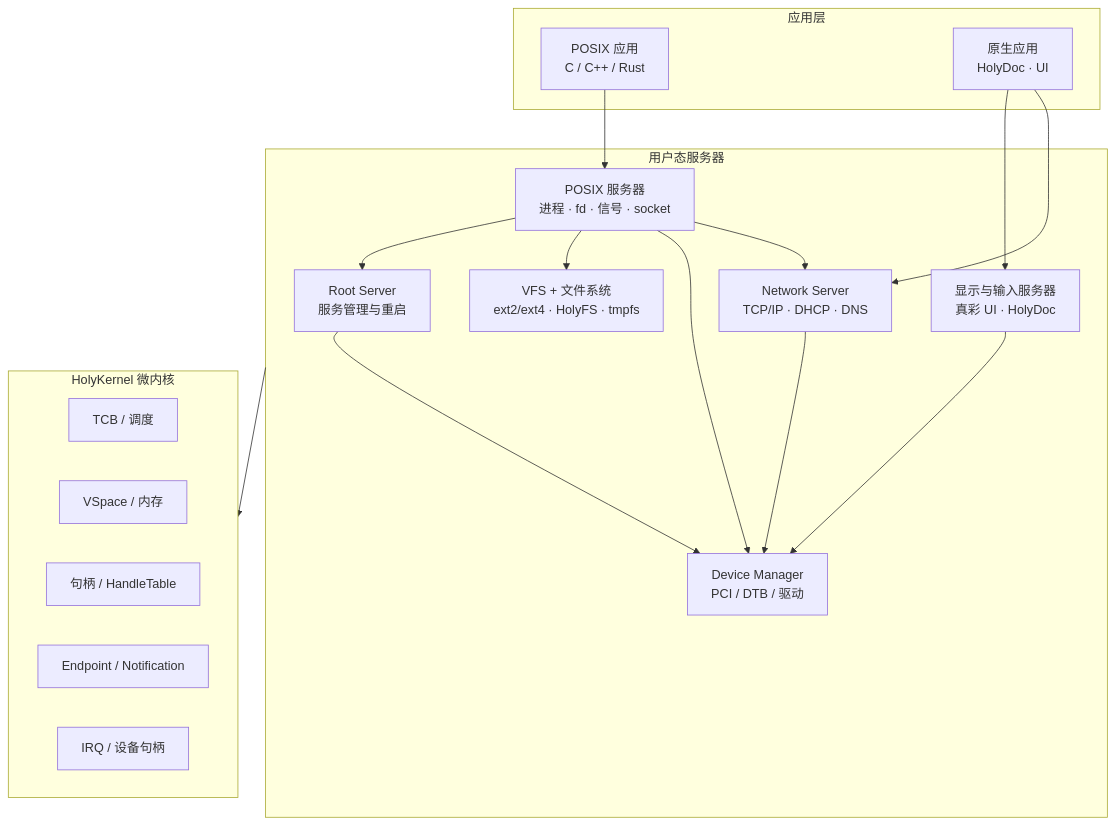
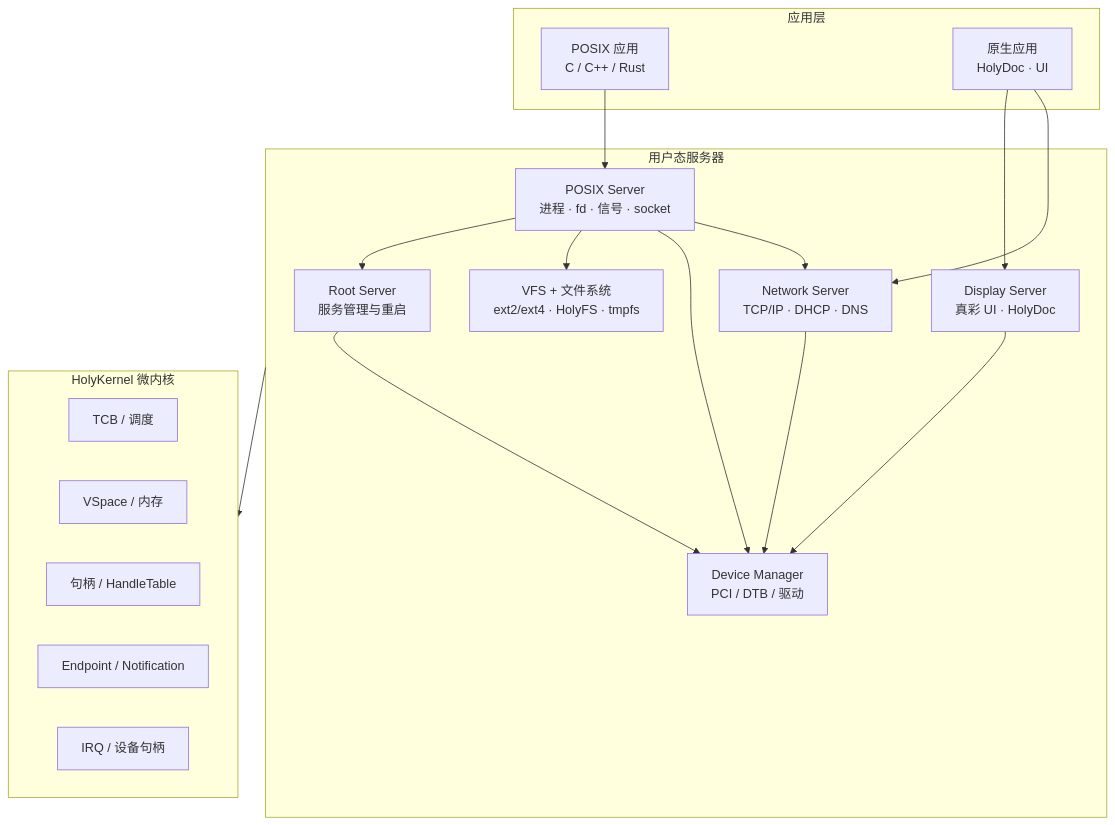
The diagram in README.md (hongweifei/HolyKernel), drawn with Mermaid before and after one commit. The commit also changed other lines of this file and 17 other files, not shown here.

````diff
--- a/README.md
+++ b/README.md
@@ -15,33 +15,33 @@
 ```mermaid
 flowchart TB
     subgraph Apps["应用层"]
         PosixApps["POSIX 应用<br/>C / C++ / Rust"]
         NativeApps["原生应用<br/>HolyDoc · UI"]
     end
     subgraph Servers["用户态服务器"]
         Root["Root Server<br/>服务管理与重启"]
         Device["Device Manager<br/>PCI / DTB / 驱动"]
         FS["VFS + 文件系统<br/>ext2/ext4 · HolyFS · tmpfs"]
-        POSIX["POSIX 服务器<br/>进程 · fd · 信号 · socket"]
+        POSIX["POSIX Server<br/>进程 · fd · 信号 · socket"]
         Net["Network Server<br/>TCP/IP · DHCP · DNS"]
-        Display["显示与输入服务器<br/>真彩 UI · HolyDoc"]
+        Display["Display Server<br/>真彩 UI · HolyDoc"]
     end
     subgraph Kernel["HolyKernel 微内核"]
         TCB["TCB / 调度"]
         VSpace["VSpace / 内存"]
         Handle["句柄 / HandleTable"]
         IPC["Endpoint / Notification"]
         IRQ["IRQ / 设备句柄"]
     end
     PosixApps --> POSIX
     NativeApps --> Display
     POSIX --> Root
     POSIX --> FS
     POSIX --> Device
     POSIX --> Net
     NativeApps --> Net
     Net --> Device
     Display --> Device
     Root --> Device
     Servers --> Kernel
 ```
````
